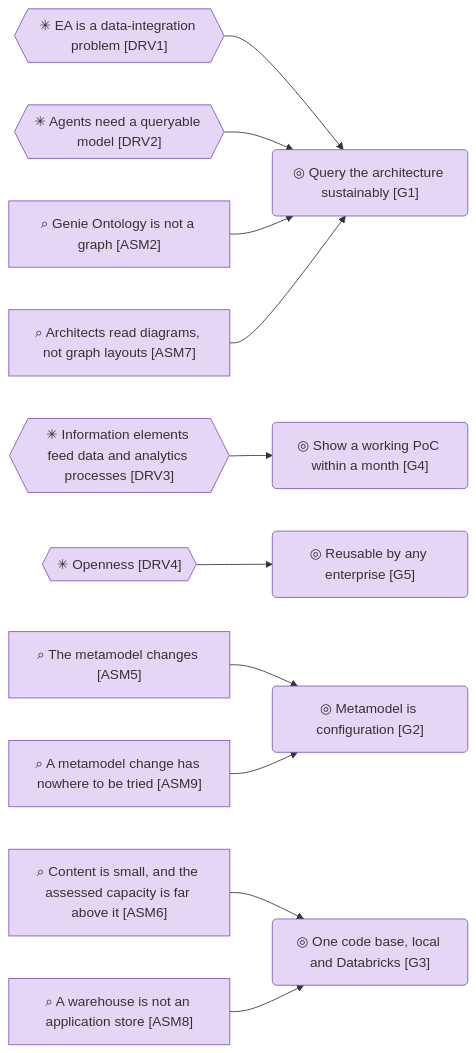
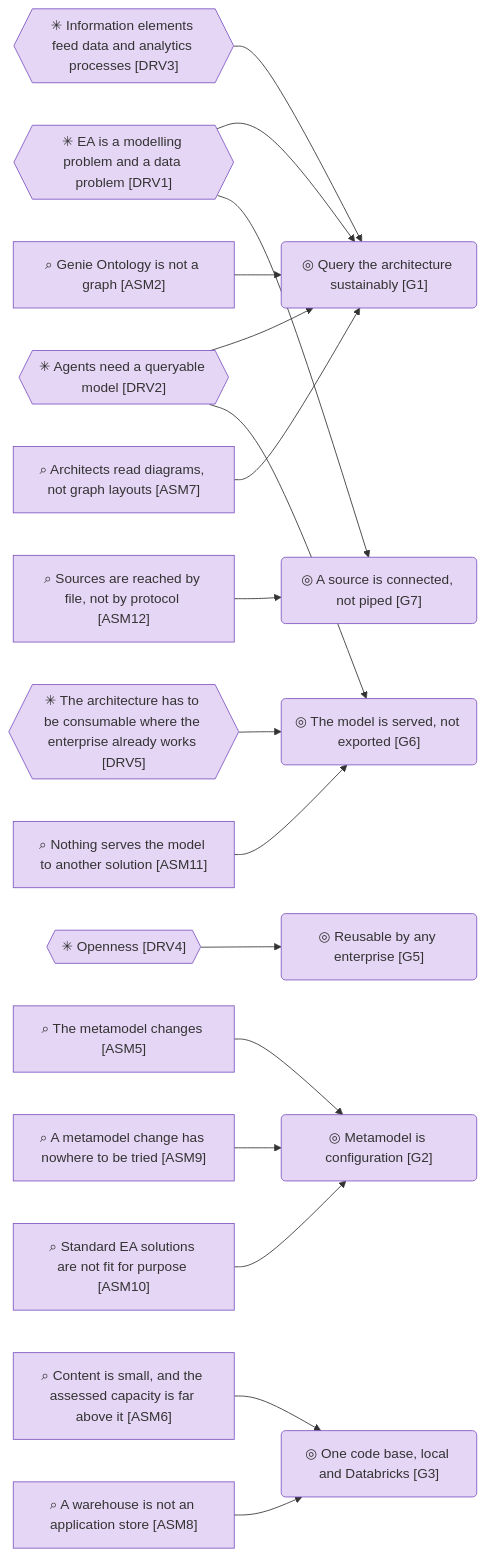
One commit to roanboc/dbx-enterprise-architecture changed the third of 4 diagrams in architecture/1_strategy/1_motivation.md. Above: the diagram before and after it, drawn with Mermaid. The commit also changed other lines of this file and 13 other files, not shown here.

````diff
--- a/architecture/1_strategy/1_motivation.md
+++ b/architecture/1_strategy/1_motivation.md
@@ -67,30 +72,41 @@
 ```mermaid
 flowchart LR
-  drv1{{"✳ EA is a data-integration problem [DRV1]"}}:::motivation
+  drv1{{"✳ EA is a modelling problem and a data problem [DRV1]"}}:::motivation
   drv2{{"✳ Agents need a queryable model [DRV2]"}}:::motivation
   drv3{{"✳ Information elements feed data and analytics processes [DRV3]"}}:::motivation
   drv4{{"✳ Openness [DRV4]"}}:::motivation
+  drv5{{"✳ The architecture has to be consumable where the enterprise already works [DRV5]"}}:::motivation
   asm2["⌕ Genie Ontology is not a graph [ASM2]"]:::motivation
   asm5["⌕ The metamodel changes [ASM5]"]:::motivation
   asm6["⌕ Content is small, and the assessed capacity is far above it [ASM6]"]:::motivation
   asm7["⌕ Architects read diagrams, not graph layouts [ASM7]"]:::motivation
   asm8["⌕ A warehouse is not an application store [ASM8]"]:::motivation
   asm9["⌕ A metamodel change has nowhere to be tried [ASM9]"]:::motivation
+  asm10["⌕ Standard EA solutions are not fit for purpose [ASM10]"]:::motivation
+  asm11["⌕ Nothing serves the model to another solution [ASM11]"]:::motivation
+  asm12["⌕ Sources are reached by file, not by protocol [ASM12]"]:::motivation
   g1("◎ Query the architecture sustainably [G1]"):::motivation
   g2("◎ Metamodel is configuration [G2]"):::motivation
   g3("◎ One code base, local and Databricks [G3]"):::motivation
-  g4("◎ Show a working PoC within a month [G4]"):::motivation
   g5("◎ Reusable by any enterprise [G5]"):::motivation
+  g6("◎ The model is served, not exported [G6]"):::motivation
+  g7("◎ A source is connected, not piped [G7]"):::motivation
   drv1 --> g1
+  drv1 --> g7
   drv2 --> g1
-  drv3 --> g4
+  drv2 --> g6
+  drv3 --> g1
   drv4 --> g5
+  drv5 --> g6
   asm2 --> g1
   asm7 --> g1
   asm5 --> g2
   asm9 --> g2
   asm6 --> g3
   asm8 --> g3
+  asm10 --> g2
+  asm11 --> g6
+  asm12 --> g7
 
   classDef motivation fill:#e6d6f5,stroke:#7e57c2,color:#333
 ```
````
